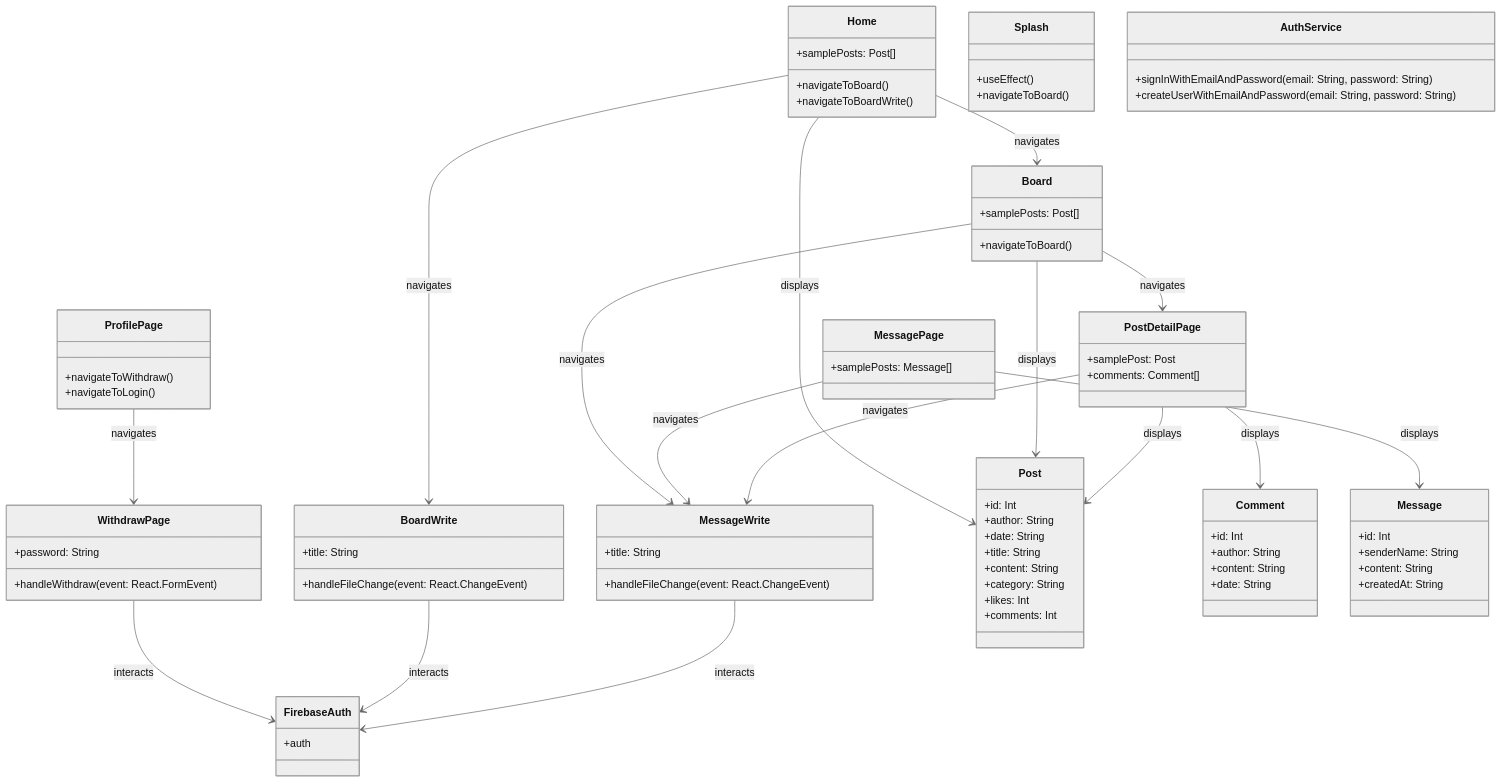
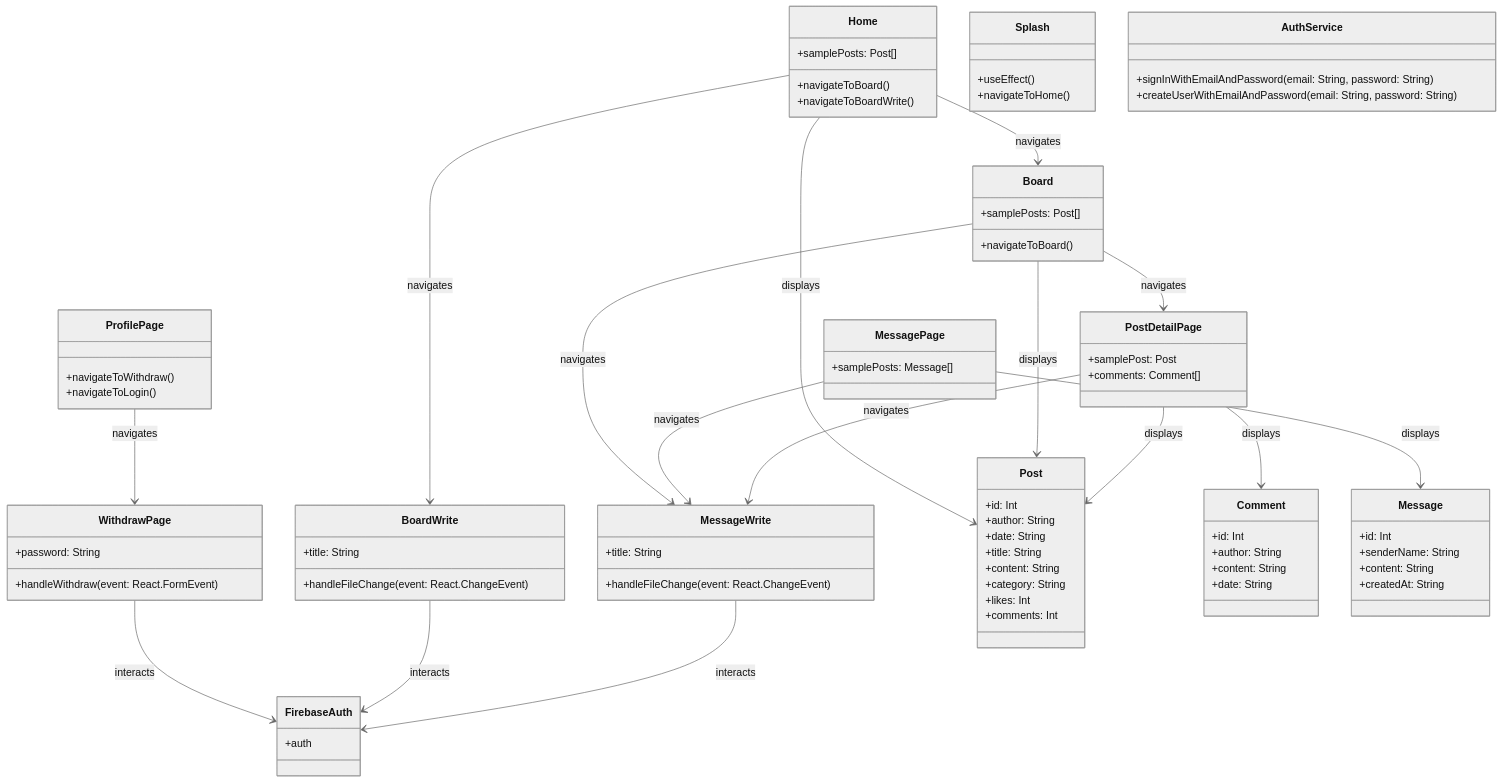
The diagram in README.md (Playinc-React-NodeJS-etc/Eoullim), drawn with Mermaid (neutral theme) before and after one commit.

```diff
--- a/README.md
+++ b/README.md
@@ -28,7 +28,7 @@
 
     class Splash {
         +useEffect()
-        +navigateToBoard()
+        +navigateToHome()
 
     }
 
```
